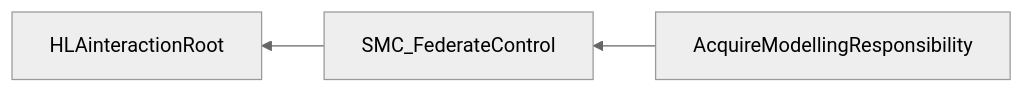
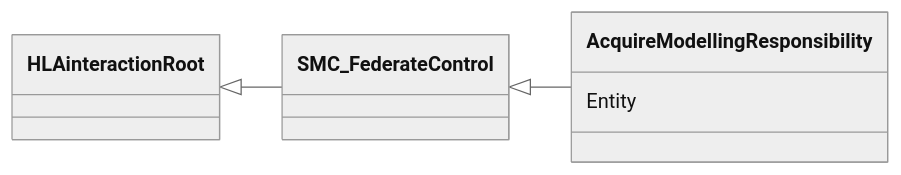
The fifth of 5 diagrams in NETN-TMR.md (AMSP-04/NETN-TMR), drawn with Mermaid (neutral theme) before and after one commit. The commit also changed other lines of this file and 2 other files, not shown here.

````diff
--- a/NETN-TMR.md
+++ b/NETN-TMR.md
@@ -144,5 +143,7 @@
 ```mermaid
-graph RL
-SMC_FederateControl-->HLAinteractionRoot
-AcquireModellingResponsibility-->SMC_FederateControl
+classDiagram 
+direction LR
+HLAinteractionRoot <|-- SMC_FederateControl
+SMC_FederateControl <|-- AcquireModellingResponsibility
+AcquireModellingResponsibility : Entity
 ```
````
